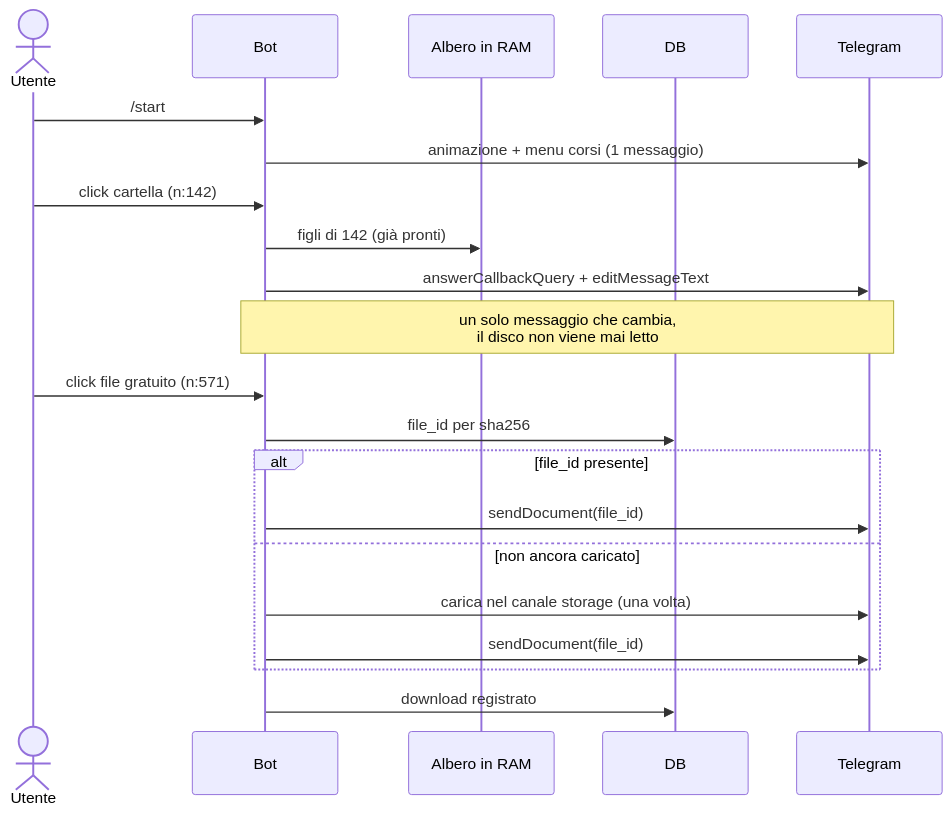
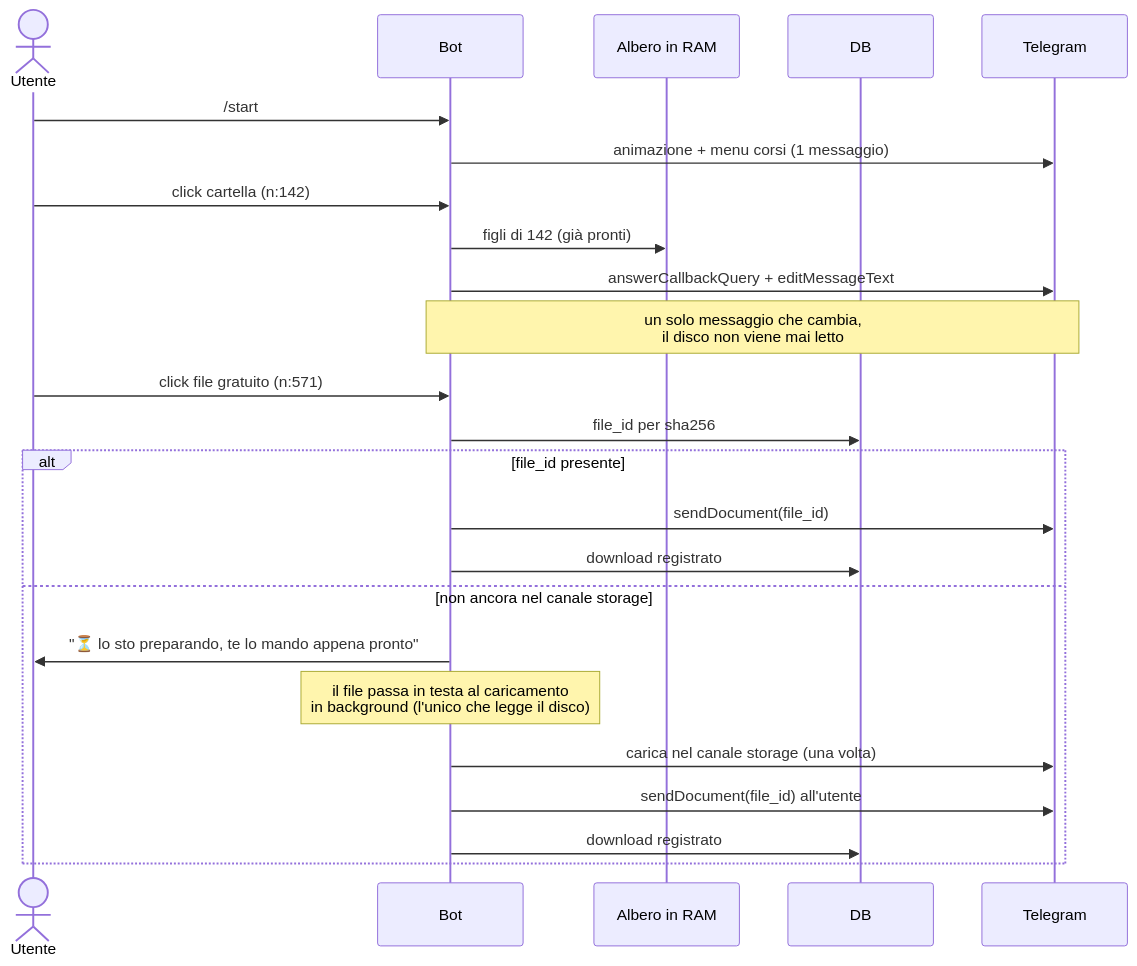
The second of 8 diagrams in docs/FLUSSI.md (kodikasgroup/UnivrArchive), drawn with Mermaid before and after one commit. The commit also changed other lines of this file and 8 other files, not shown here.

First line of the commit message:
fix: il percorso utente non legge mai il disco

````diff
--- a/docs/FLUSSI.md
+++ b/docs/FLUSSI.md
@@ -52,24 +52,27 @@
 ```mermaid
 sequenceDiagram
     actor U as Utente
     participant B as Bot
     participant R as Albero in RAM
     participant DB as DB
     participant T as Telegram
 
     U->>B: /start
     B->>T: animazione + menu corsi (1 messaggio)
     U->>B: click cartella (n:142)
     B->>R: figli di 142 (già pronti)
     B->>T: answerCallbackQuery + editMessageText
     Note over B,T: un solo messaggio che cambia,<br/>il disco non viene mai letto
     U->>B: click file gratuito (n:571)
     B->>DB: file_id per sha256
     alt file_id presente
         B->>T: sendDocument(file_id)
-    else non ancora caricato
+        B->>DB: download registrato
+    else non ancora nel canale storage
+        B->>U: "⏳ lo sto preparando, te lo mando appena pronto"
+        Note over B: il file passa in testa al caricamento<br/>in background (l'unico che legge il disco)
         B->>T: carica nel canale storage (una volta)
-        B->>T: sendDocument(file_id)
+        B->>T: sendDocument(file_id) all'utente
+        B->>DB: download registrato
     end
-    B->>DB: download registrato
 ```
````
